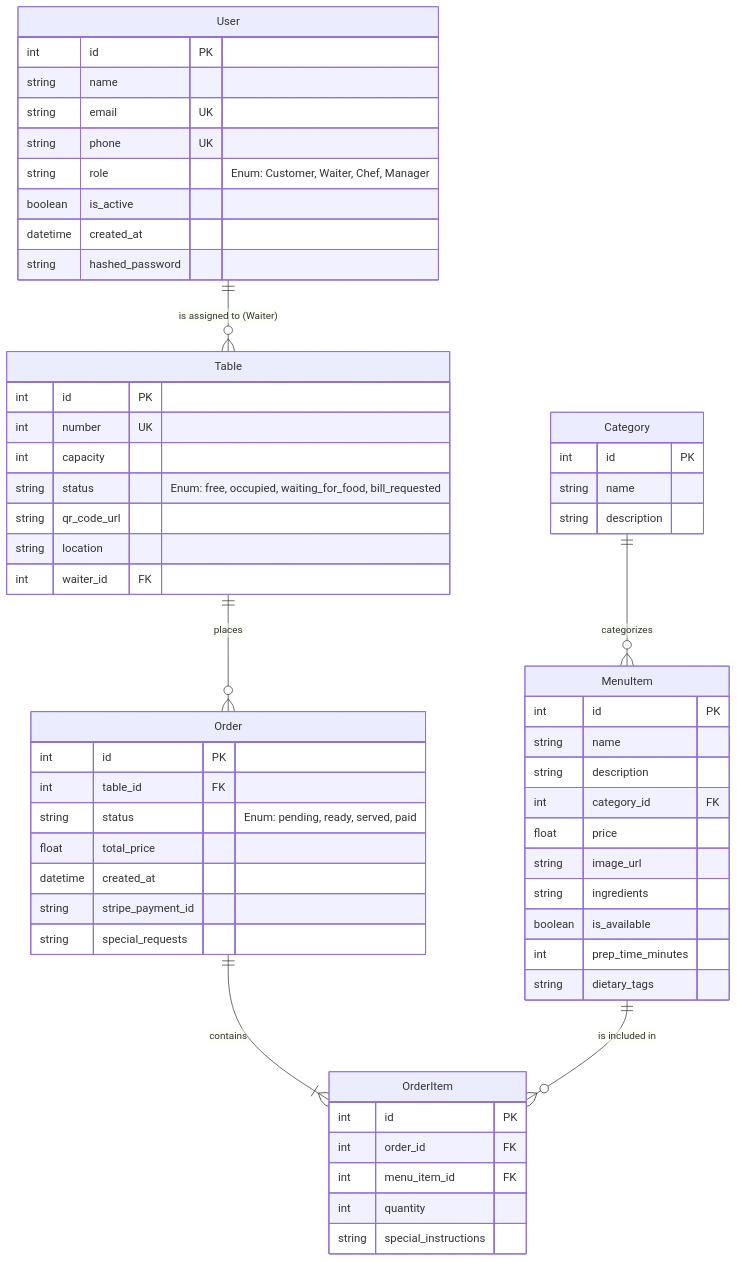
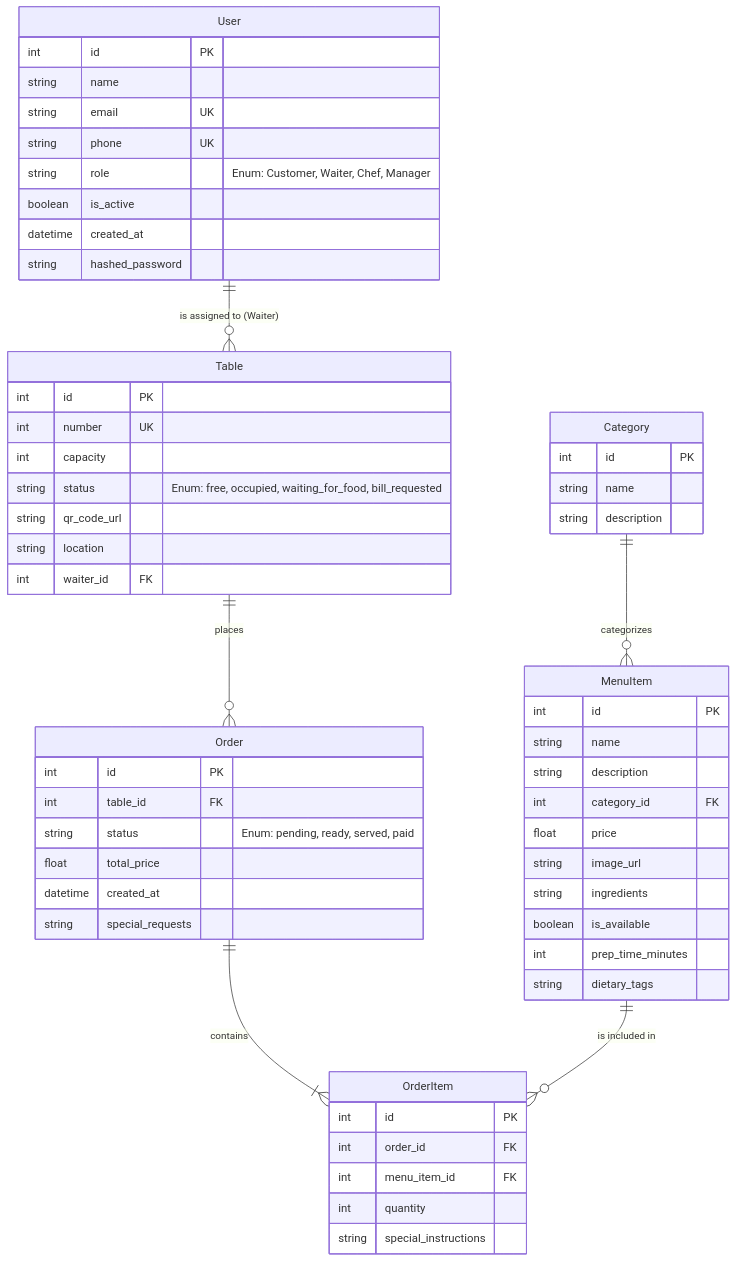
One commit to RobertJmek/RestroManager changed the third of 7 diagrams in README.md. Above: the diagram before and after it, drawn with Mermaid. The commit also changed other lines of this file and 1 other file, not shown here.

First line of the commit message:
chore: remove Stripe payment references (deferred to future work)

````diff
--- a/README.md
+++ b/README.md
@@ -254,67 +242,66 @@
 ```mermaid
 erDiagram
     User {
         int id PK
         string name
         string email UK
         string phone UK
         string role "Enum: Customer, Waiter, Chef, Manager"
         boolean is_active
         datetime created_at
         string hashed_password
     }
 
     Category {
         int id PK
         string name
         string description
     }
 
     Table {
         int id PK
         int number UK
         int capacity
         string status "Enum: free, occupied, waiting_for_food, bill_requested"
         string qr_code_url
         string location
         int waiter_id FK
     }
 
     MenuItem {
         int id PK
         string name
         string description
         int category_id FK
         float price
         string image_url
         string ingredients
         boolean is_available
         int prep_time_minutes
         string dietary_tags
     }
 
     Order {
         int id PK
         int table_id FK
         string status "Enum: pending, ready, served, paid"
         float total_price
         datetime created_at
-        string stripe_payment_id
         string special_requests
     }
 
     OrderItem {
         int id PK
         int order_id FK
         int menu_item_id FK
         int quantity
         string special_instructions
     }
 
     %% Relationships
     User ||--o{ Table : "is assigned to (Waiter)"
     Category ||--o{ MenuItem : "categorizes"
     Table ||--o{ Order : "places"
     Order ||--|{ OrderItem : "contains"
     MenuItem ||--o{ OrderItem : "is included in"
 ```
````
